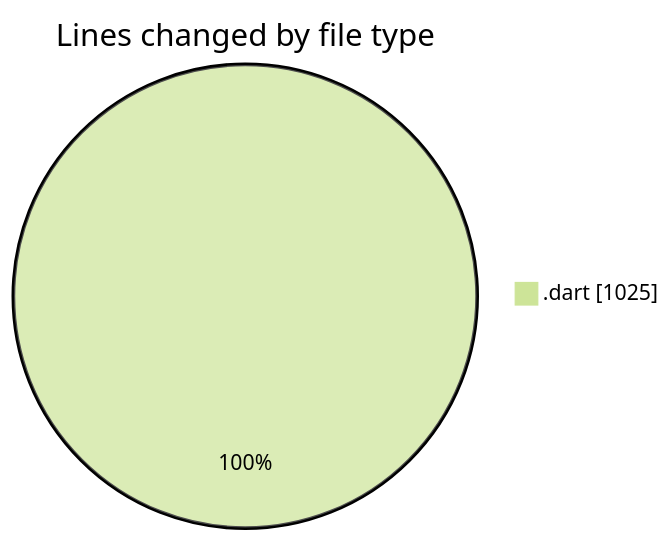
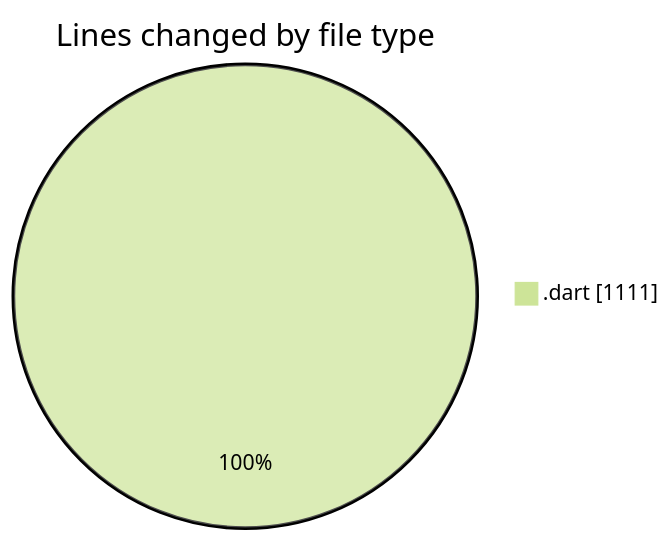
One commit to donsfak/code-tracking changed the first of 2 diagrams in 2025-04-10/trackers_app/README.md. Above: the diagram before and after it, drawn with Mermaid (forest theme). The commit also changed other lines of this file and 1 other file, not shown here.

````diff
--- a/2025-04-10/trackers_app/README.md
+++ b/2025-04-10/trackers_app/README.md
@@ -34,5 +34,5 @@
 ```mermaid
 pie showData
 title Lines changed by file type
-".dart" : 1025
+".dart" : 1111
 ```
````
